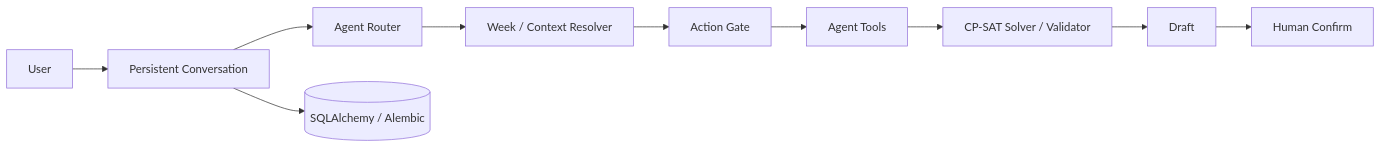
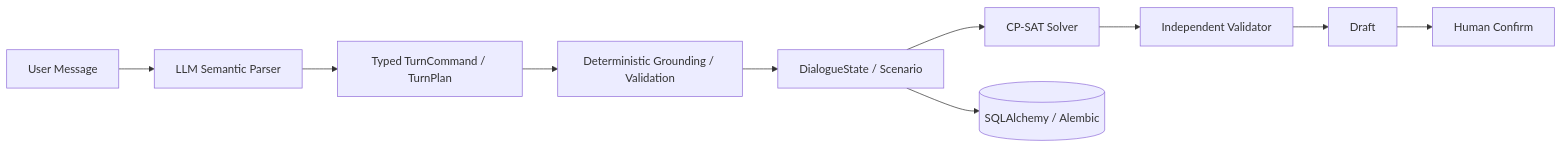
The diagram in README.md (jiacan233/OptiShift-AI), drawn with Mermaid before and after one commit. The commit also changed other lines of this file and 42 other files, not shown here.

Commit message:
refactor: unify agent semantics under LLM TurnCommand parsing

````diff
--- a/README.md
+++ b/README.md
@@ -15,12 +15,12 @@
 ```mermaid
 flowchart LR
-  User[User] --> Conversation[Persistent Conversation]
-  Conversation --> Router[Agent Router]
-  Router --> Resolver[Week / Context Resolver]
-  Resolver --> Gate[Action Gate]
-  Gate --> Tools[Agent Tools]
-  Tools --> Solver[CP-SAT Solver / Validator]
-  Solver --> Draft[Draft]
+  User[User Message] --> Parser[LLM Semantic Parser]
+  Parser --> Plan[Typed TurnCommand / TurnPlan]
+  Plan --> Grounding[Deterministic Grounding / Validation]
+  Grounding --> State[DialogueState / Scenario]
+  State --> Solver[CP-SAT Solver]
+  Solver --> Validator[Independent Validator]
+  Validator --> Draft[Draft]
   Draft --> Confirm[Human Confirm]
-  Conversation --> DB[(SQLAlchemy / Alembic)]
+  State --> DB[(SQLAlchemy / Alembic)]
 ```
````
